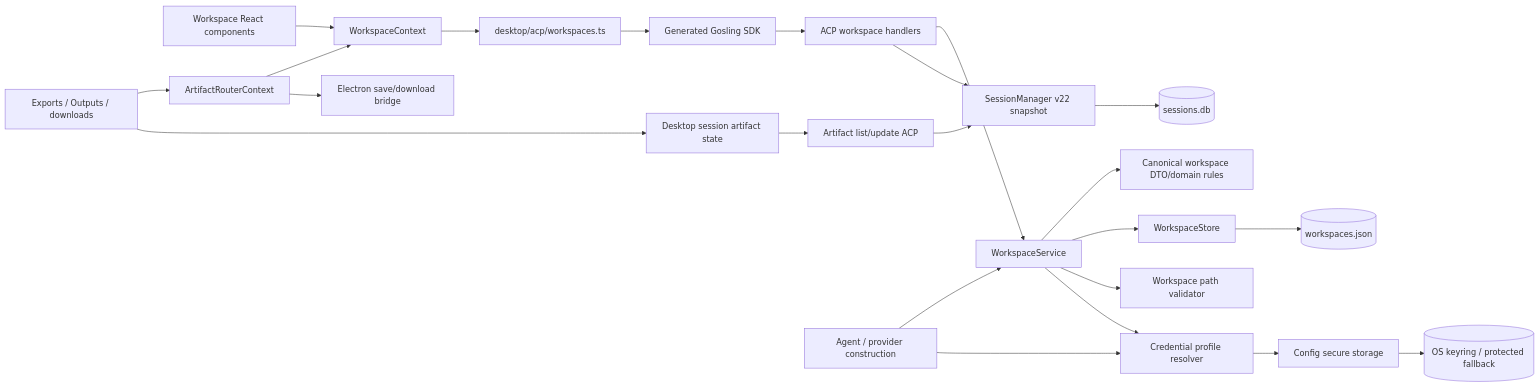
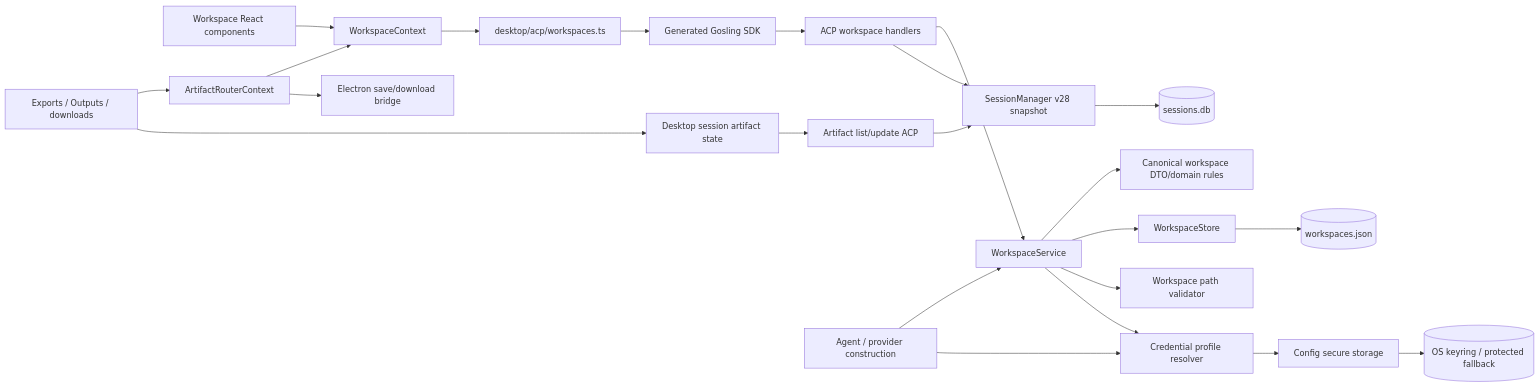
One commit to cephalopod-ai/gosling changed the first of 2 diagrams in docs/architecture.md. Above: the diagram before and after it, drawn with Mermaid. The commit also changed 4 other files, not shown here.

````diff
--- a/docs/architecture.md
+++ b/docs/architecture.md
@@ -12,25 +12,25 @@
 ```mermaid
 flowchart LR
     UI[Workspace React components] --> Context[WorkspaceContext]
     ArtifactUI[Exports / Outputs / downloads] --> Router[ArtifactRouterContext]
     ArtifactUI --> ArtifactStore[Desktop session artifact state]
     ArtifactStore --> ArtifactACP[Artifact list/update ACP]
     ArtifactACP --> Sessions
     Router --> Context
     Router --> Electron[Electron save/download bridge]
     Context --> DesktopACP[desktop/acp/workspaces.ts]
     DesktopACP --> SDK[Generated Gosling SDK]
     SDK --> Handlers[ACP workspace handlers]
     Handlers --> Service[WorkspaceService]
     Service --> Domain[Canonical workspace DTO/domain rules]
     Service --> Store[WorkspaceStore]
     Service --> Validator[Workspace path validator]
     Service --> Credentials[Credential profile resolver]
     Store --> JSON[(workspaces.json)]
     Credentials --> Config[Config secure storage]
     Config --> Keyring[(OS keyring / protected fallback)]
-    Handlers --> Sessions[SessionManager v22 snapshot]
+    Handlers --> Sessions[SessionManager v28 snapshot]
     Sessions --> DB[(sessions.db)]
     Agent[Agent / provider construction] --> Service
     Agent --> Credentials
 ```
````
